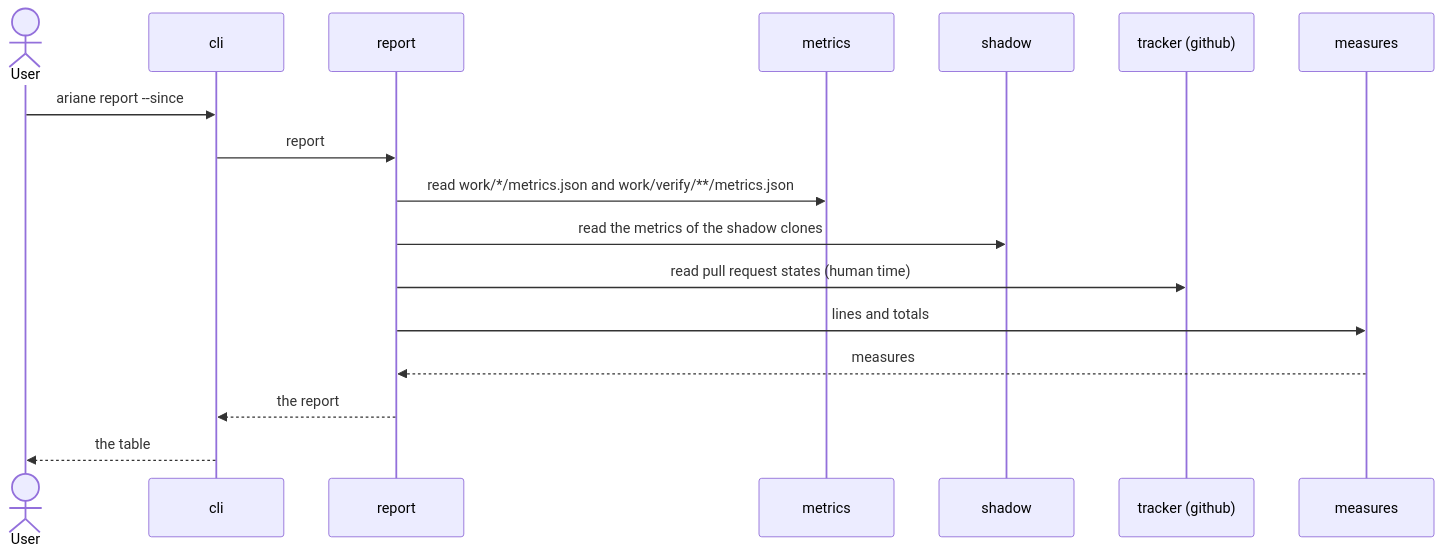
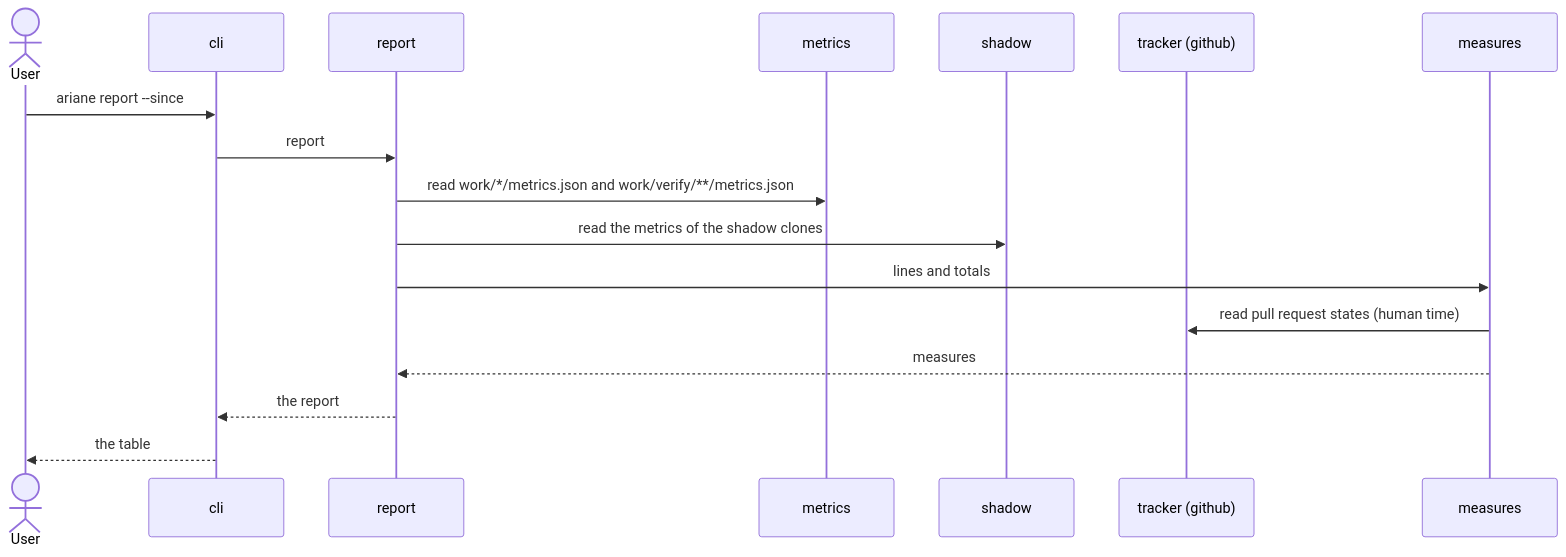
The fifth of 6 diagrams in docs/architecture/3-components.md (plaplanche/ariane), drawn with Mermaid before and after one commit. The commit also changed other lines of this file and 1 other file, not shown here.

````diff
--- a/docs/architecture/3-components.md
+++ b/docs/architecture/3-components.md
@@ -242,19 +245,19 @@
 ```mermaid
 sequenceDiagram
   actor U as User
   participant CLI as cli
   participant P as report
   participant M as metrics
   participant H as shadow
   participant T as tracker (github)
   participant E as measures
   U->>CLI: ariane report --since
   CLI->>P: report
   P->>M: read work/*/metrics.json and work/verify/**/metrics.json
   P->>H: read the metrics of the shadow clones
-  P->>T: read pull request states (human time)
   P->>E: lines and totals
+  E->>T: read pull request states (human time)
   E-->>P: measures
   P-->>CLI: the report
   CLI-->>U: the table
 ```
````
